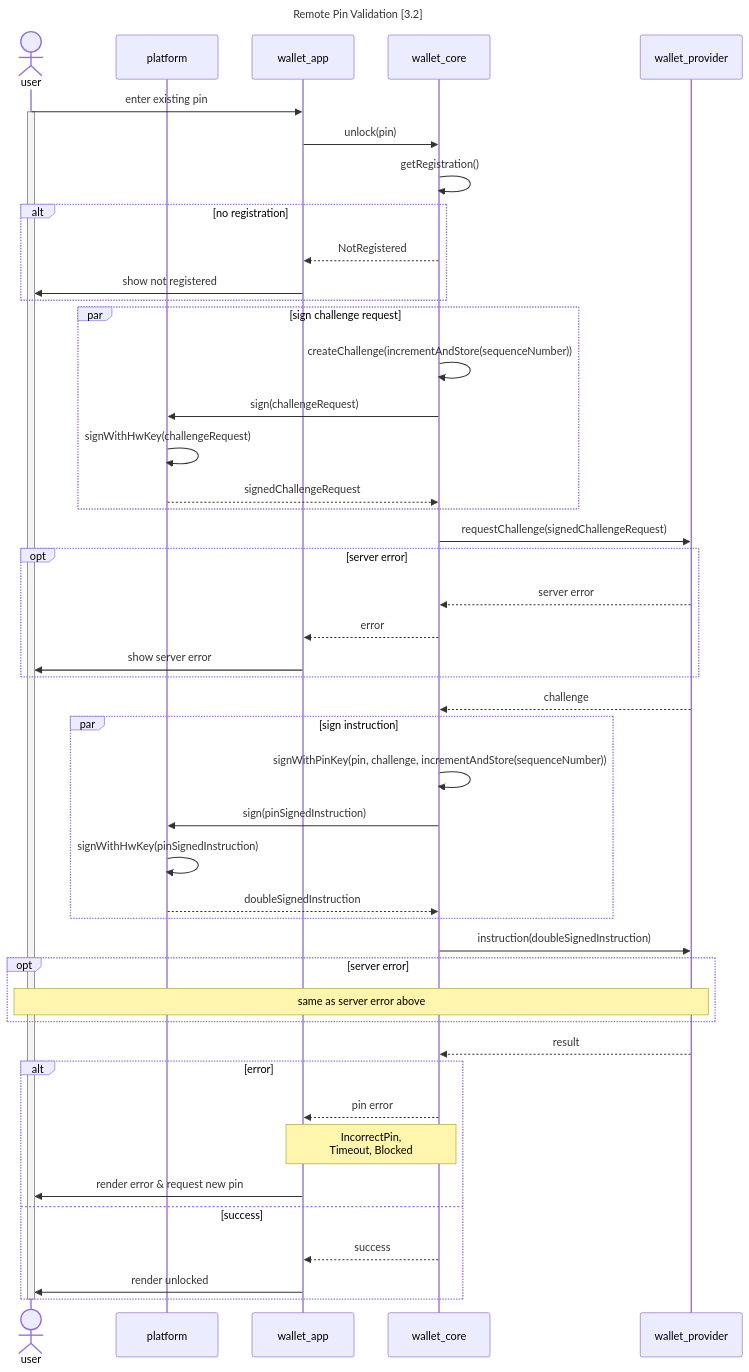
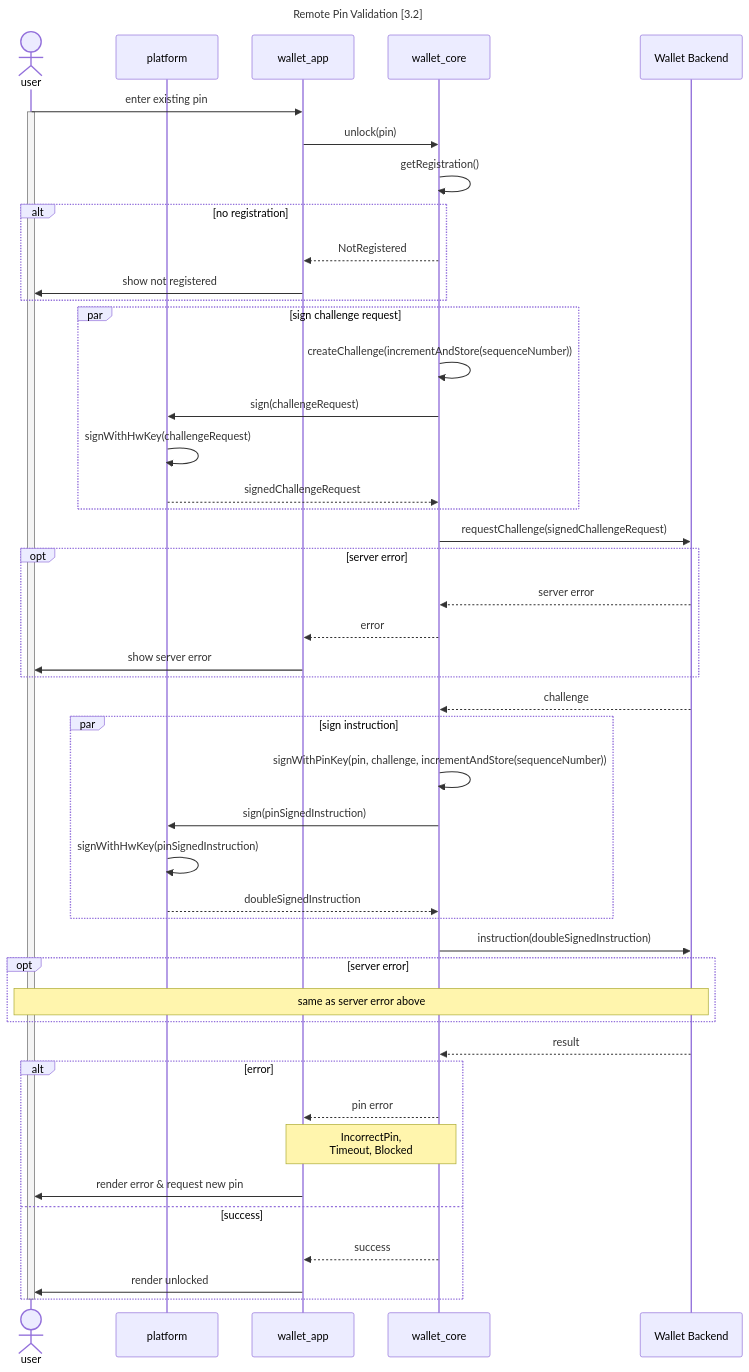
One commit to MinBZK/nl-wallet changed the second of 2 diagrams in wallet_docs/architecture/use-cases/pin-validation.md. Above: the diagram before and after it, drawn with Mermaid. The commit also changed other lines of this file and 2 other files, not shown here.

Commit message:
changed wallet_provider to Wallet Backend

````diff
--- a/wallet_docs/architecture/use-cases/pin-validation.md
+++ b/wallet_docs/architecture/use-cases/pin-validation.md
@@ -37,52 +37,52 @@
 ```{mermaid}
 sequenceDiagram
     %% Force ordering by explicitly setting up participants
     actor user
     participant platform
     participant wallet_app
     participant wallet_core
-    participant wallet_provider
+    participant wallet_provider as Wallet Backend
     title Remote Pin Validation [3.2]
 
     user->>wallet_app: enter existing pin
     activate user
         wallet_app->>wallet_core: unlock(pin)
         wallet_core->>wallet_core: getRegistration()
         alt no registration
             wallet_core-->>wallet_app: NotRegistered
             wallet_app->>user: show not registered
         end
         par sign challenge request
             wallet_core->>wallet_core: createChallenge(incrementAndStore(sequenceNumber))
             wallet_core->>platform: sign(challengeRequest)
             platform->>platform: signWithHwKey(challengeRequest)
             platform-->>wallet_core: signedChallengeRequest
         end
         wallet_core->>wallet_provider: requestChallenge(signedChallengeRequest)
         opt server error
         wallet_provider-->>wallet_core: server error
             wallet_core-->>wallet_app: error
             wallet_app->>user: show server error
         end
         wallet_provider-->>wallet_core: challenge
         par sign instruction
             wallet_core->>wallet_core: signWithPinKey(pin, challenge, incrementAndStore(sequenceNumber))
             wallet_core->>platform: sign(pinSignedInstruction)
             platform->>platform: signWithHwKey(pinSignedInstruction)
             platform-->>wallet_core: doubleSignedInstruction
         end
         wallet_core->>wallet_provider: instruction(doubleSignedInstruction)
         opt server error
             Note over wallet_provider,user: same as server error above
         end
         wallet_provider-->>wallet_core: result
         alt error
             wallet_core-->>wallet_app: pin error
             Note over wallet_core,wallet_app: IncorrectPin,<br/>Timeout, Blocked
             wallet_app->>user: render error & request new pin
         else success
             wallet_core-->>wallet_app: success
             wallet_app->>user: render unlocked
         end
     deactivate user
 ```
````
